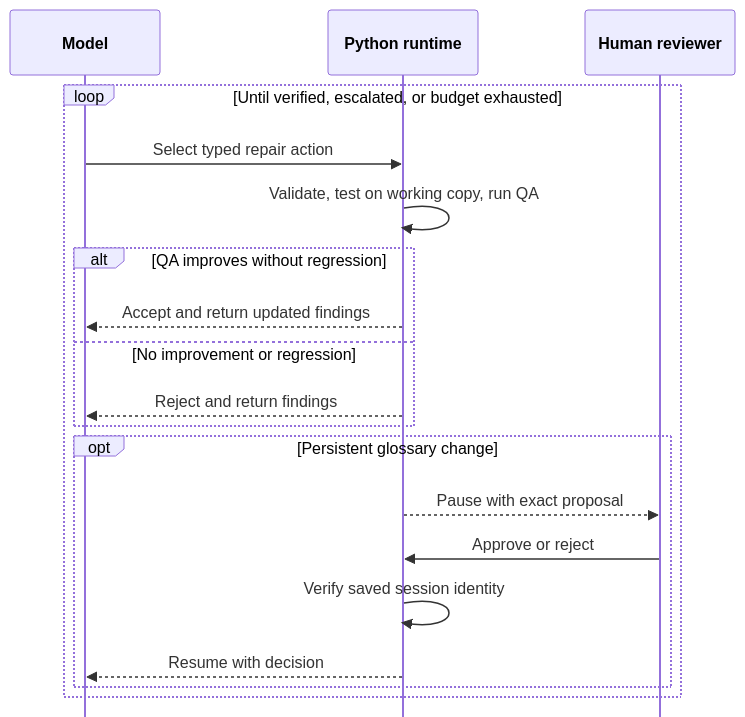
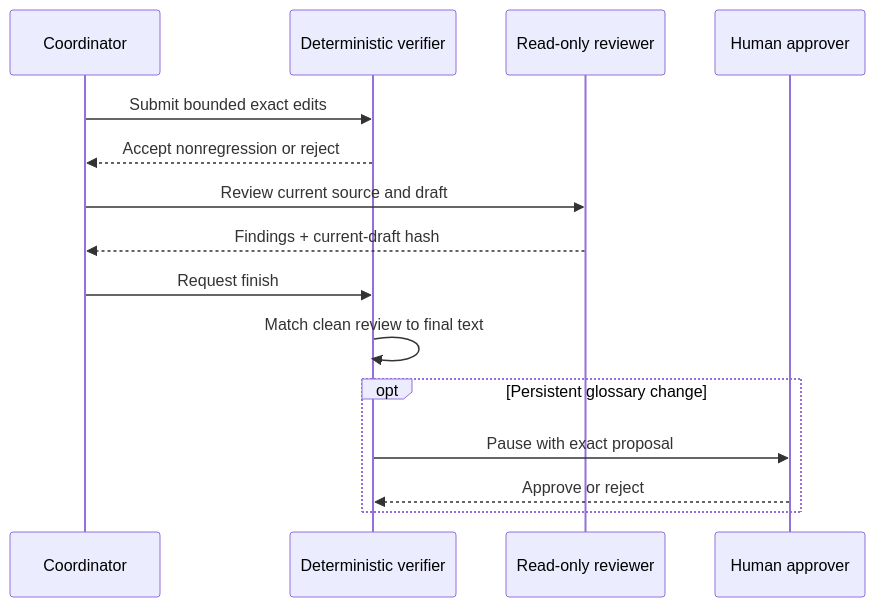
Before and after one commit to MrEricL/public-tl-harness: the diagram in README.md, drawn with Mermaid. The commit also changed other lines of this file and 41 other files, not shown here.

First line of the commit message:
feat: ship source-grounded automatic repair

````diff
--- a/README.md
+++ b/README.md
@@ -36,23 +35,17 @@
 ```mermaid
-%%{init: {'sequence': {'mirrorActors': false, 'actorFontWeight': 600, 'messageMargin': 40}}}%%
 sequenceDiagram
-    participant M as Model
-    participant P as Python runtime
-    participant R as Human reviewer
-
-    loop Until verified, escalated, or budget exhausted
-        M->>P: Select typed repair action
-        P->>P: Validate, test on working copy, run QA
-        alt QA improves without regression
-            P-->>M: Accept and return updated findings
-        else No improvement or regression
-            P-->>M: Reject and return findings
-        end
-        opt Persistent glossary change
-            P-->>R: Pause with exact proposal
-            R->>P: Approve or reject
-            P->>P: Verify saved session identity
-            P-->>M: Resume with decision
-        end
+    participant C as Coordinator
+    participant V as Deterministic verifier
+    participant R as Read-only reviewer
+    participant H as Human approver
+    C->>V: Submit bounded exact edits
+    V-->>C: Accept nonregression or reject
+    C->>R: Review current source and draft
+    R-->>C: Findings + current-draft hash
+    C->>V: Request finish
+    V->>V: Match clean review to final text
+    opt Persistent glossary change
+        V->>H: Pause with exact proposal
+        H-->>V: Approve or reject
     end
 ```
````
